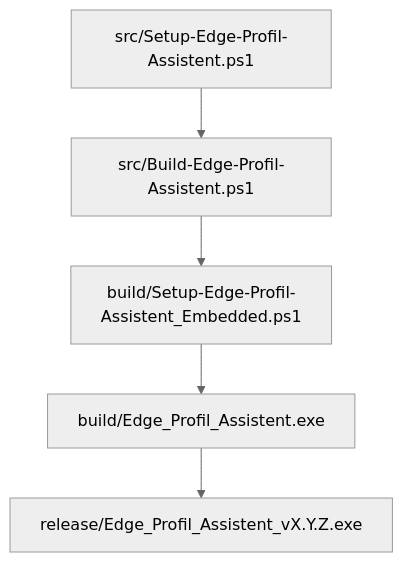
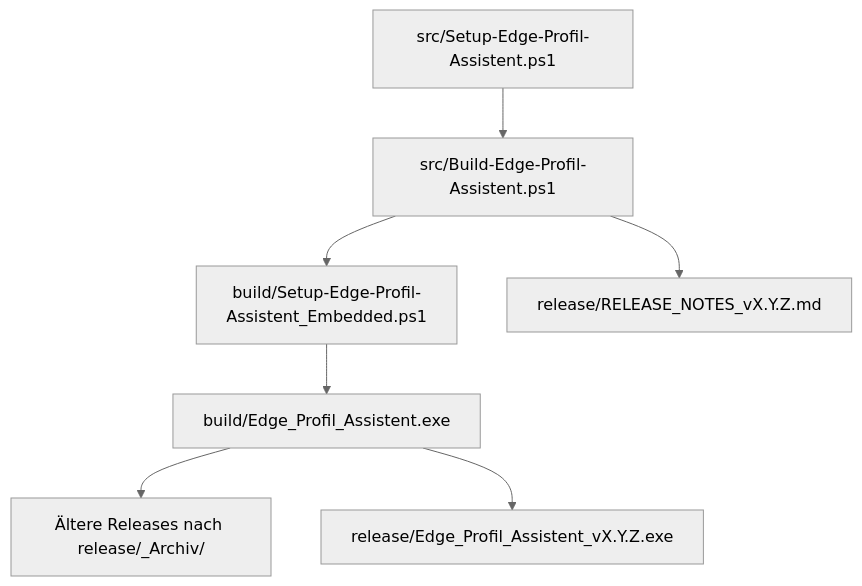
The diagram in docs/DOKUMENTATION_TECHNIK.md (GoroTech-Tools/Edge-Profil-Assistent), drawn with Mermaid (neutral theme) before and after one commit. The commit also changed other lines of this file and 5 other files, not shown here.

````diff
--- a/docs/DOKUMENTATION_TECHNIK.md
+++ b/docs/DOKUMENTATION_TECHNIK.md
@@ -18,7 +18,9 @@
 ```mermaid
 flowchart TD
   A[src/Setup-Edge-Profil-Assistent.ps1] --> B[src/Build-Edge-Profil-Assistent.ps1]
   B --> C[build/Setup-Edge-Profil-Assistent_Embedded.ps1]
   C --> D[build/Edge_Profil_Assistent.exe]
-  D --> E[release/Edge_Profil_Assistent_vX.Y.Z.exe]
+  D --> E[Ältere Releases nach release/_Archiv/]
+  D --> F[release/Edge_Profil_Assistent_vX.Y.Z.exe]
+  B --> G[release/RELEASE_NOTES_vX.Y.Z.md]
 ```
````
